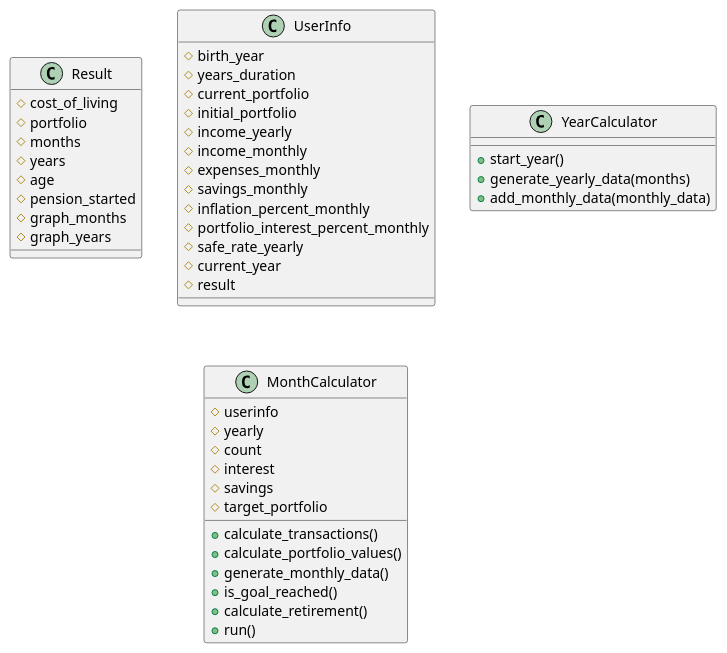
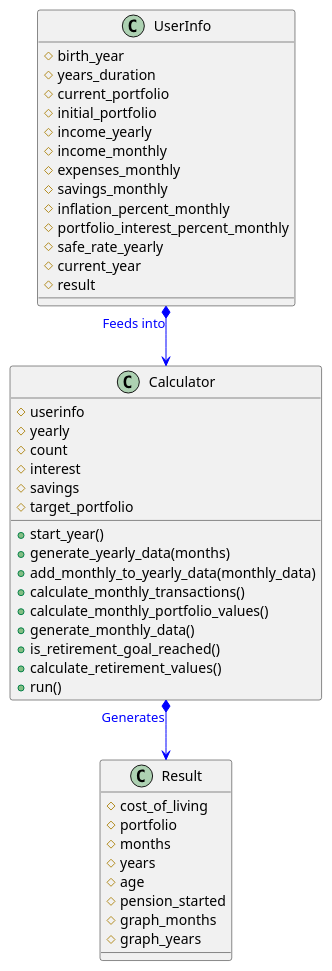
The diagram in docs/UML_classdiagram.md (thijsh/fires.watch), drawn with PlantUML before and after one commit.

Commit message:
Update UML class diagram

````diff
--- a/docs/UML_classdiagram.md
+++ b/docs/UML_classdiagram.md
@@ -3,61 +3,58 @@
 ```plantuml
 @startuml
 
 class Result {
     # cost_of_living
     # portfolio
     # months
     # years
     # age
     # pension_started
     # graph_months
     # graph_years
 }
 
 class UserInfo {
     # birth_year
     # years_duration
     # current_portfolio
     # initial_portfolio
     # income_yearly
     # income_monthly
     # expenses_monthly
     # savings_monthly
     # inflation_percent_monthly
     # portfolio_interest_percent_monthly
     # safe_rate_yearly
     # current_year
     # result
-    
 }
 
-class YearCalculator {
-    + start_year()
-    + generate_yearly_data(months)
-    + add_monthly_data(monthly_data)
-}
-
-class MonthCalculator {
+class Calculator {
     # userinfo
     # yearly
     # count
     # interest
     # savings
     # target_portfolio
-    + calculate_transactions()
-    + calculate_portfolio_values()
+    + start_year()
+    + generate_yearly_data(months)
+    + add_monthly_to_yearly_data(monthly_data)
+    + calculate_monthly_transactions()
+    + calculate_monthly_portfolio_values()
     + generate_monthly_data()
-    + is_goal_reached()
-    + calculate_retirement()
+    + is_retirement_goal_reached()
+    + calculate_retirement_values()
     + run()
 }
 
 note left of Result::stuff
     Example note
 endnote
 
-' Result " one-to- " *-- "one" UserInfo #line:blue;text:blue : **owner**
+UserInfo "Feeds into" *--> Calculator #line:blue;text:blue
+Calculator "Generates" *--> Result #line:blue;text:blue
 
 
 @enduml
 ```
````
